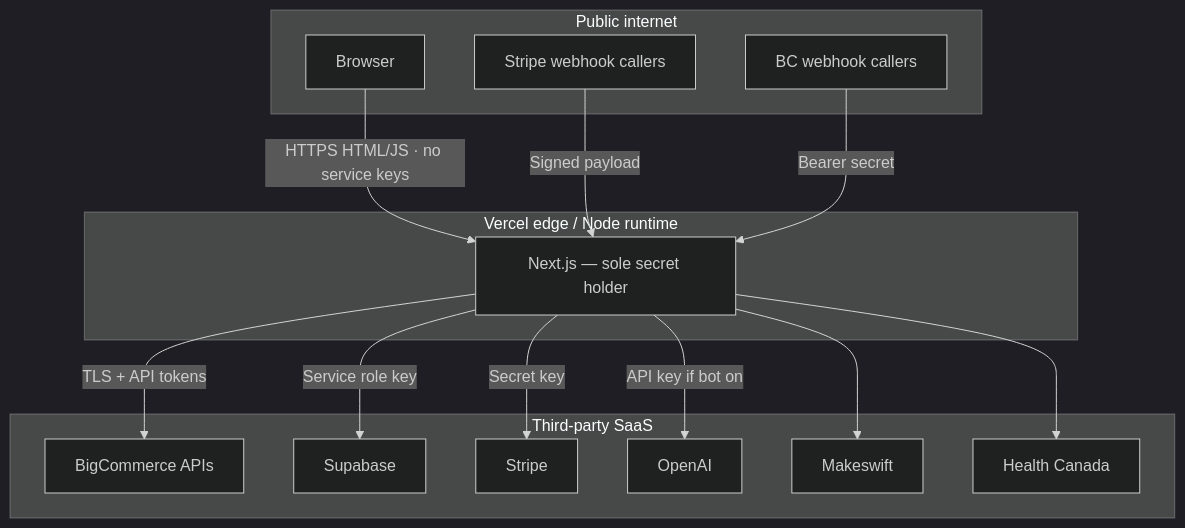
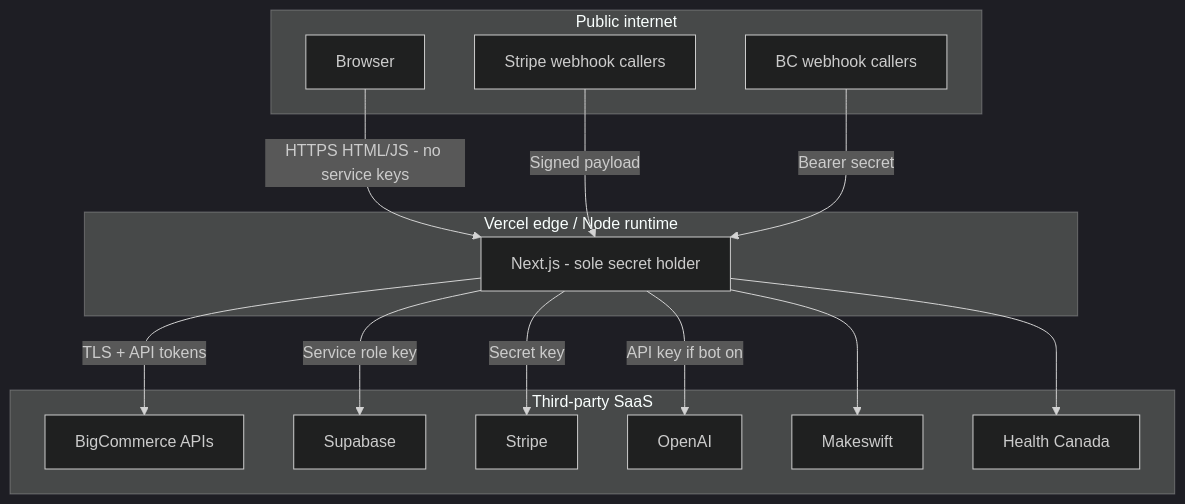
The fifth of 5 diagrams in docs/IT-Architecture.md (lolo19950603/liivv-test-catalyst-app), drawn with Mermaid (dark theme) before and after one commit. The commit also changed other lines of this file, not shown here.

First line of the commit message:
fix(docs): make Mermaid diagrams GitHub-compatible

````diff
--- a/docs/IT-Architecture.md
+++ b/docs/IT-Architecture.md
@@ -213,31 +213,31 @@
 ```mermaid
 flowchart TB
   subgraph Public["Public internet"]
     Browser
     StripeWH[Stripe webhook callers]
     BCWH[BC webhook callers]
   end
 
   subgraph Edge["Vercel edge / Node runtime"]
-    Next[Next.js — sole secret holder]
+    Next[Next.js - sole secret holder]
   end
 
   subgraph SaaS["Third-party SaaS"]
     BC[BigCommerce APIs]
     SB[Supabase]
     ST[Stripe]
     AI[OpenAI]
     MS[Makeswift]
     DPD[Health Canada]
   end
 
-  Browser -->|HTTPS HTML/JS · no service keys| Next
+  Browser -->|HTTPS HTML/JS - no service keys| Next
   StripeWH -->|Signed payload| Next
   BCWH -->|Bearer secret| Next
   Next -->|TLS + API tokens| BC
   Next -->|Service role key| SB
   Next -->|Secret key| ST
   Next -->|API key if bot on| AI
   Next --> MS
   Next --> DPD
 ```
````
